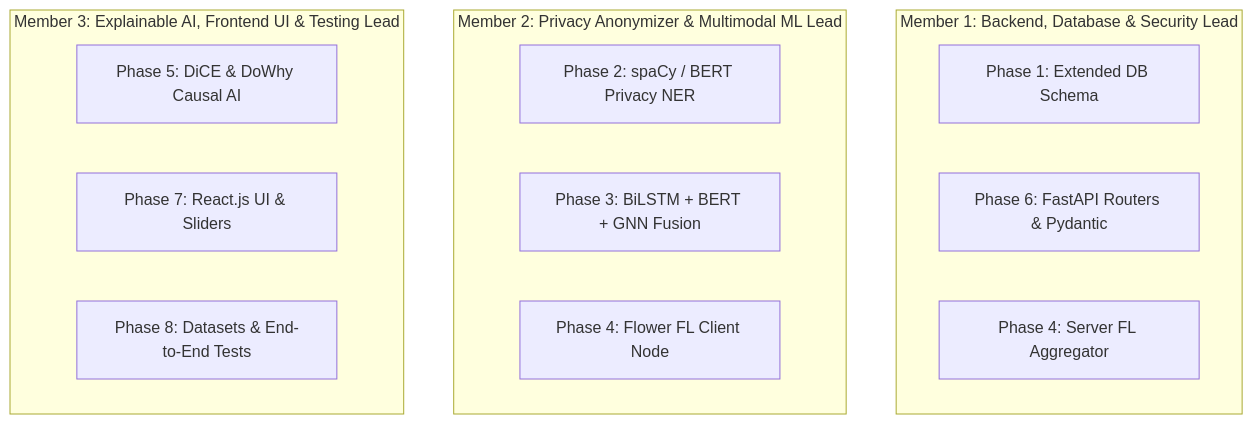
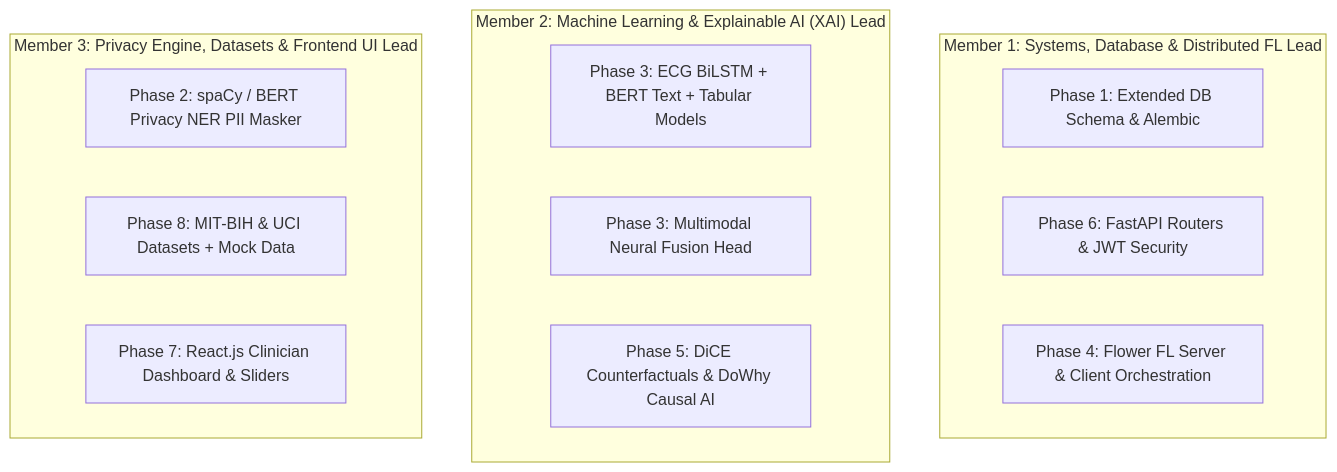
One commit to abhishekr0514/MAJOR-PROJECT-2026-2027 changed the diagram in docs/TEAM_WORKLOAD_DIVISION.md. Above: the diagram before and after it, drawn with Mermaid. The commit also changed other lines of this file, not shown here.

Commit message:
refactor: update team workload and domain responsibilities for project documentation

````diff
--- a/docs/TEAM_WORKLOAD_DIVISION.md
+++ b/docs/TEAM_WORKLOAD_DIVISION.md
@@ -11,20 +11,20 @@
 ```mermaid
 flowchart TD
-    subgraph Team_Member_1 ["Member 1: Backend, Database & Security Lead"]
-        M1_DB["Phase 1: Extended DB Schema"]
-        M1_API["Phase 6: FastAPI Routers & Pydantic"]
-        M1_FL_S["Phase 4: Server FL Aggregator"]
+    subgraph Member_1 ["Member 1: Systems, Database & Distributed FL Lead"]
+        M1_DB["Phase 1: Extended DB Schema & Alembic"]
+        M1_API["Phase 6: FastAPI Routers & JWT Security"]
+        M1_FL["Phase 4: Flower FL Server & Client Orchestration"]
     end
 
-    subgraph Team_Member_2 ["Member 2: Privacy Anonymizer & Multimodal ML Lead"]
-        M2_NER["Phase 2: spaCy / BERT Privacy NER"]
-        M2_ML["Phase 3: BiLSTM + BERT + GNN Fusion"]
-        M2_FL_C["Phase 4: Flower FL Client Node"]
+    subgraph Member_2 ["Member 2: Machine Learning & Explainable AI (XAI) Lead"]
+        M2_ML["Phase 3: ECG BiLSTM + BERT Text + Tabular Models"]
+        M2_FUSION["Phase 3: Multimodal Neural Fusion Head"]
+        M2_XAI["Phase 5: DiCE Counterfactuals & DoWhy Causal AI"]
     end
 
-    subgraph Team_Member_3 ["Member 3: Explainable AI, Frontend UI & Testing Lead"]
-        M3_XAI["Phase 5: DiCE & DoWhy Causal AI"]
-        M3_UI["Phase 7: React.js UI & Sliders"]
-        M3_DATA["Phase 8: Datasets & End-to-End Tests"]
+    subgraph Member_3 ["Member 3: Privacy Engine, Datasets & Frontend UI Lead"]
+        M3_NER["Phase 2: spaCy / BERT Privacy NER PII Masker"]
+        M3_DATA["Phase 8: MIT-BIH & UCI Datasets + Mock Data"]
+        M3_UI["Phase 7: React.js Clinician Dashboard & Sliders"]
     end
 ```
````
